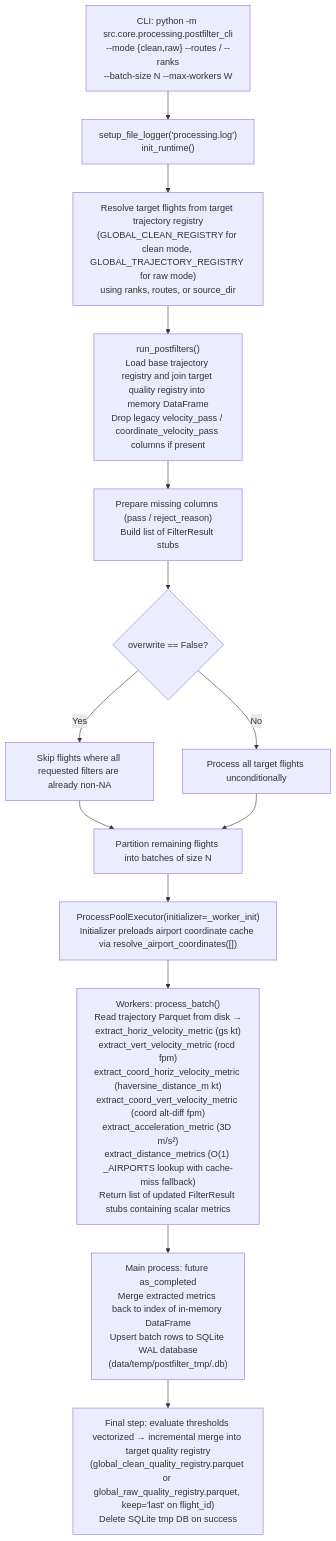
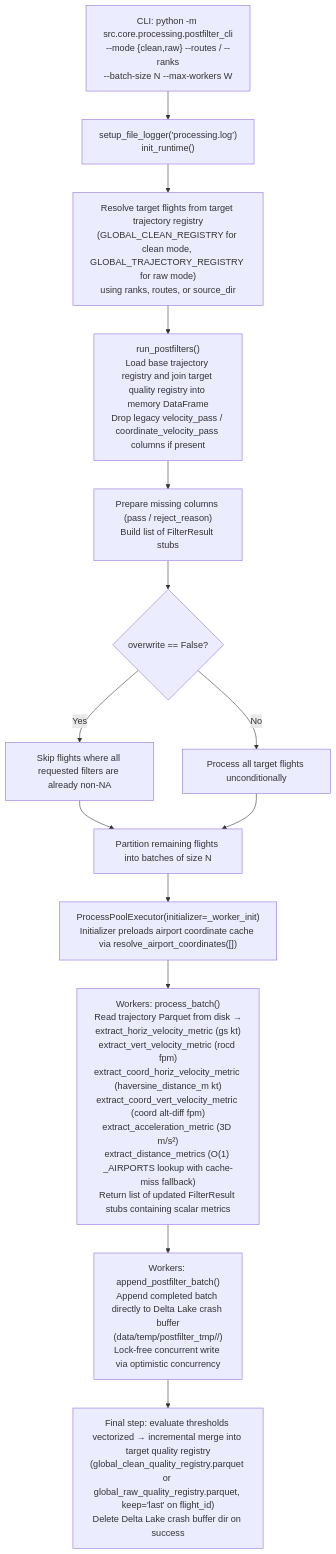
Before and after one commit to Bauzement123/flight-physics-pipeline: the second of 3 diagrams in src/core/processing/README.md, drawn with Mermaid. The commit also changed other lines of this file, not shown here.

Commit message:
docs(processing): update README — SQLite WAL → Delta Lake crash buffer

````diff
--- a/src/core/processing/README.md
+++ b/src/core/processing/README.md
@@ -258,16 +258,16 @@
 ```mermaid
 flowchart TD
     A["CLI: python -m src.core.processing.postfilter_cli\n--mode {clean,raw} --routes / --ranks\n--batch-size N --max-workers W"] --> B["setup_file_logger('processing.log')\ninit_runtime()"]
     B --> C["Resolve target flights from target trajectory registry\n(GLOBAL_CLEAN_REGISTRY for clean mode, GLOBAL_TRAJECTORY_REGISTRY for raw mode)\nusing ranks, routes, or source_dir"]
     C --> D["run_postfilters()\nLoad base trajectory registry and join target quality registry into memory DataFrame\nDrop legacy velocity_pass / coordinate_velocity_pass columns if present"]
     D --> E["Prepare missing columns (pass / reject_reason)\nBuild list of FilterResult stubs"]
     E --> F{"overwrite == False?"}
     F -->|Yes| G["Skip flights where all requested filters are already non-NA"]
     F -->|No| H["Process all target flights unconditionally"]
     G --> I["Partition remaining flights into batches of size N"]
     H --> I
     I --> J["ProcessPoolExecutor(initializer=_worker_init)\nInitializer preloads airport coordinate cache via resolve_airport_coordinates([])"]
     J --> K["Workers: process_batch()\nRead trajectory Parquet from disk →\nextract_horiz_velocity_metric (gs kt)\nextract_vert_velocity_metric (rocd fpm)\nextract_coord_horiz_velocity_metric (haversine_distance_m kt)\nextract_coord_vert_velocity_metric (coord alt-diff fpm)\nextract_acceleration_metric (3D m/s²)\nextract_distance_metrics (O(1) _AIRPORTS lookup with cache-miss fallback)\nReturn list of updated FilterResult stubs containing scalar metrics"]
-    K --> L["Main process: future as_completed\nMerge extracted metrics back to index of in-memory DataFrame\nUpsert batch rows to SQLite WAL database\n(data/temp/postfilter_tmp/<registry>.db)"]
-    L --> M["Final step: evaluate thresholds vectorized → incremental merge into target quality registry\n(global_clean_quality_registry.parquet or global_raw_quality_registry.parquet, keep='last' on flight_id)\nDelete SQLite tmp DB on success"]
+    K --> L["Workers: append_postfilter_batch()\nAppend completed batch directly to Delta Lake crash buffer\n(data/temp/postfilter_tmp/<registry_stem>/)\nLock-free concurrent write via optimistic concurrency"]
+    L --> M["Final step: evaluate thresholds vectorized → incremental merge into target quality registry\n(global_clean_quality_registry.parquet or global_raw_quality_registry.parquet, keep='last' on flight_id)\nDelete Delta Lake crash buffer dir on success"]
 ```
````
